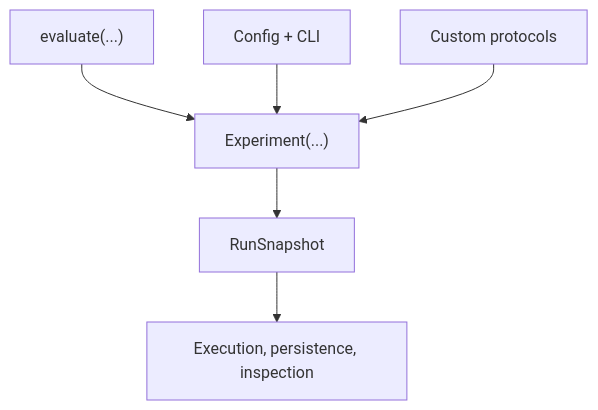
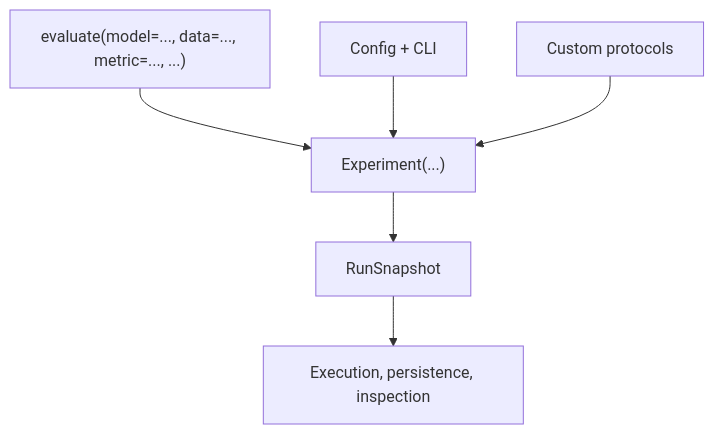
Before and after one commit to Pittawat2542/themis: the diagram in docs/explanation/api-layer-model.md, drawn with Mermaid. The commit also changed other lines of this file and 23 other files, not shown here.

Commit message:
docs(architecture): align v4 plan and public docs with final model

````diff
--- a/docs/explanation/api-layer-model.md
+++ b/docs/explanation/api-layer-model.md
@@ -20,8 +20,8 @@
 ```mermaid
 flowchart TD
-    A["evaluate(...)"] --> D["Experiment(...)"]
+    A["evaluate(model=..., data=..., metric=..., ...)"] --> D["Experiment(...)"]
     B["Config + CLI"] --> D
     C["Custom protocols"] --> D
     D --> E["RunSnapshot"]
     E --> F["Execution, persistence, inspection"]
 ```
````
